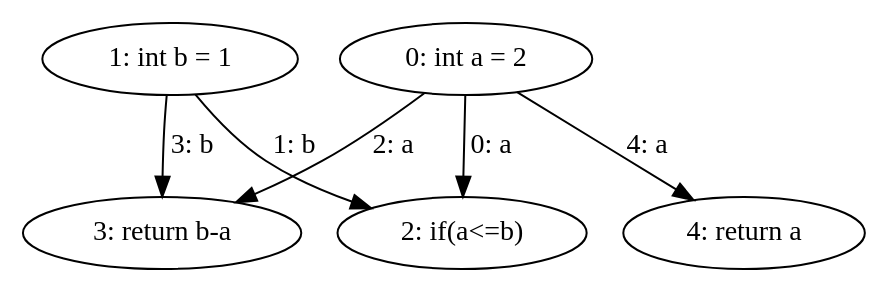
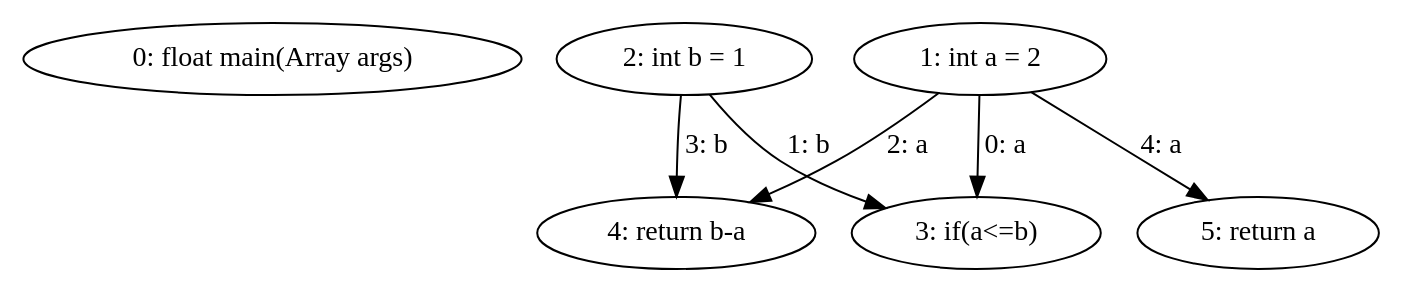
Before and after one commit to DominguesGM/comp_astanalyze: the diagram in export/if_example_dfg.dot, drawn with Graphviz. The commit also changed 25 other files, not shown here.

```diff
--- a/export/if_example_dfg.dot
+++ b/export/if_example_dfg.dot
@@ -1,12 +1,13 @@
 digraph G {
-  1 [ label="0: int a = 2" ];
-  2 [ label="1: int b = 1" ];
-  3 [ label="2: if(a<=b)" ];
-  4 [ label="3: return b-a" ];
-  5 [ label="4: return a" ];
-  1 -> 3 [ label="0: a" ];
-  2 -> 3 [ label="1: b" ];
-  1 -> 4 [ label="2: a" ];
-  2 -> 4 [ label="3: b" ];
-  1 -> 5 [ label="4: a" ];
+  1 [ label="0: float main(Array args)" ];
+  2 [ label="1: int a = 2" ];
+  3 [ label="2: int b = 1" ];
+  4 [ label="3: if(a<=b)" ];
+  5 [ label="4: return b-a" ];
+  6 [ label="5: return a" ];
+  2 -> 4 [ label="0: a" ];
+  3 -> 4 [ label="1: b" ];
+  2 -> 5 [ label="2: a" ];
+  3 -> 5 [ label="3: b" ];
+  2 -> 6 [ label="4: a" ];
 }
```
